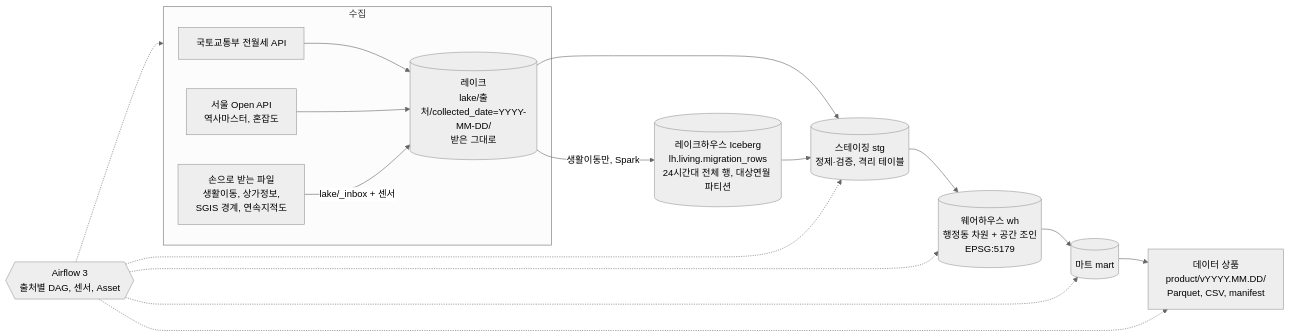
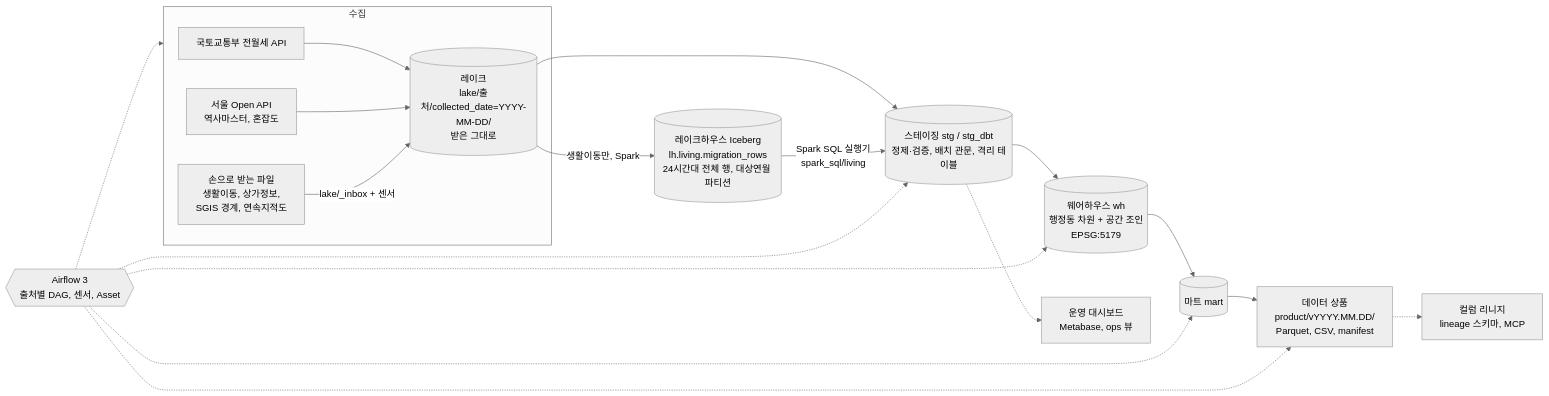
One commit to sozerong/home_in_seoul changed the diagram in README.md. Above: the diagram before and after it, drawn with Mermaid (neutral theme). The commit also changed other lines of this file and 35 other files, not shown here.

````diff
--- a/README.md
+++ b/README.md
@@ -9,19 +9,21 @@
 ```mermaid
 flowchart LR
     subgraph 수집
         A1[국토교통부 전월세 API] --> L
         A2[서울 Open API<br>역사마스터, 혼잡도] --> L
         F1[손으로 받는 파일<br>생활이동, 상가정보,<br>SGIS 경계, 연속지적도] -->|lake/_inbox + 센서| L
     end
     L[(레이크<br>lake/출처/collected_date=YYYY-MM-DD/<br>받은 그대로)] --> S
     L -->|생활이동만, Spark| I[(레이크하우스 Iceberg<br>lh.living.migration_rows<br>24시간대 전체 행, 대상연월 파티션)]
-    I --> S
-    S[(스테이징 stg<br>정제·검증, 격리 테이블)] --> W
+    I -->|Spark SQL 실행기<br>spark_sql/living| S
+    S[(스테이징 stg / stg_dbt<br>정제·검증, 배치 관문, 격리 테이블)] --> W
     W[(웨어하우스 wh<br>행정동 차원 + 공간 조인<br>EPSG:5179)] --> M
     M[(마트 mart)] --> P[데이터 상품<br>product/vYYYY.MM.DD/<br>Parquet, CSV, manifest]
+    S -.-> O[운영 대시보드<br>Metabase, ops 뷰]
+    P -.-> LN[컬럼 리니지<br>lineage 스키마, MCP]
     AF{{Airflow 3<br>출처별 DAG, 센서, Asset}} -.-> 수집
     AF -.-> S
     AF -.-> W
     AF -.-> M
     AF -.-> P
 ```
````
